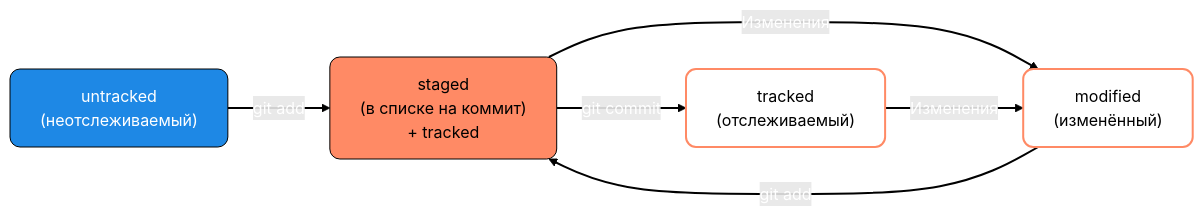
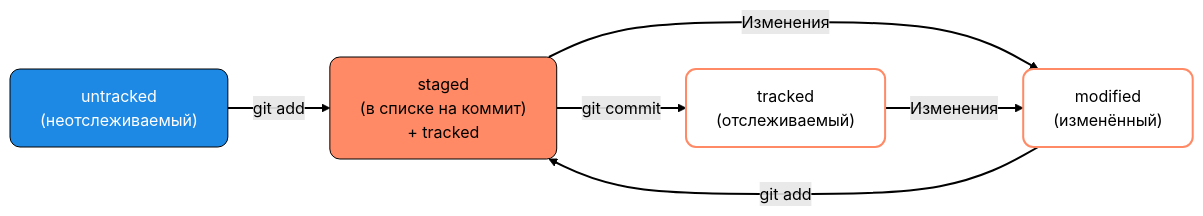
One commit to RamilAbyshov/git_helper changed the diagram in README.md. Above: the diagram before and after it, drawn with Mermaid.

Commit message:
changed diagram

````diff
--- a/README.md
+++ b/README.md
@@ -55,24 +55,25 @@
 ```mermaid
 graph LR
     untracked["untracked<br/>(неотслеживаемый)"]
-    modified["modified<br/>(изменённый)"]
     staged["staged<br/>(в списке на коммит)<br/>+ tracked"]
     tracked["tracked<br/>(отслеживаемый)"]
+    modified["modified<br/>(изменённый)"]
 
-    untracked -- "git add" --> staged
-    modified -- "git add" --> staged
-    staged -- "git commit" --> tracked
-    staged -- "Изменения" --> modified
-    tracked -- "Изменения" --> modified
+    untracked -->|git add| staged
+    modified -->|git add| staged
+    staged -->|git commit| tracked
+    staged -->|Изменения| modified
+    tracked -->|Изменения| modified
 
     class untracked blueNode
     class staged orangeNode
     class modified whiteNode
     class tracked whiteNode
     
     classDef blueNode fill:#1E88E5,stroke:#000,color:#fff,rx:10,ry:10
     classDef orangeNode fill:#FF8A65,stroke:#000,color:#000,rx:10,ry:10
-    classDef whiteNode fill:#ffffff,stroke:#FF8A65,stroke-width:2px,color:#000,rx:10,ry:10
-    
-    linkStyle 0,1,2,3,4 stroke:#000,stroke-width:2px,color:#fff,fill:#ffffff
+    classDef whiteNode fill:#fff,stroke:#FF8A65,stroke-width:2px,color:#000,rx:10,ry:10
+
+    linkStyle 0,1,2,3,4 stroke:#000,stroke-width:2px,color:#000
+
 ```
````
